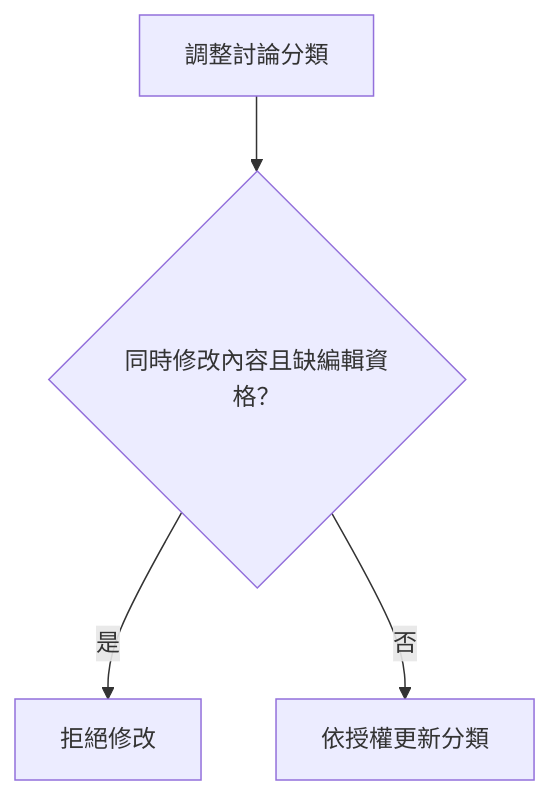
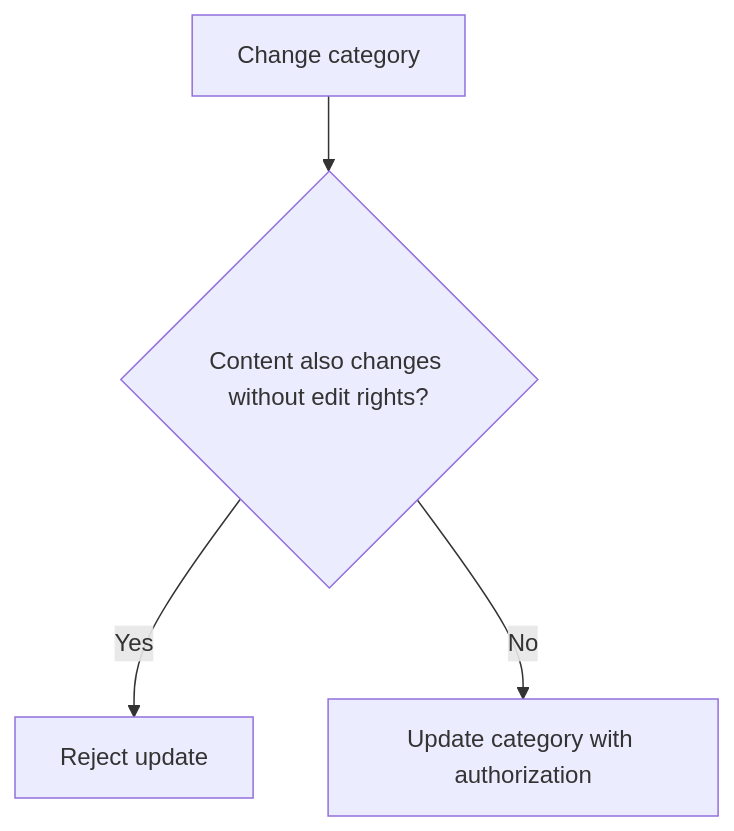
Before and after one commit to 963sup/line-mini-app-bot: the diagram in docs/domains/repository/discussion/README.md, drawn with Mermaid. The commit also changed other lines of this file and 341 other files, not shown here.

````diff
--- a/docs/domains/repository/discussion/README.md
+++ b/docs/domains/repository/discussion/README.md
@@ -27,6 +33,6 @@
 ```mermaid
 flowchart TD
-    start["調整討論分類"] --> gate{"同時修改內容且缺編輯資格？"}
-    gate -->|是| ok["拒絕修改"]
-    gate -->|否| stop["依授權更新分類"]
+    start["Change category"] --> gate{"Content also changes without edit rights?"}
+    gate -->|Yes| ok["Reject update"]
+    gate -->|No| stop["Update category with authorization"]
 ```
````
